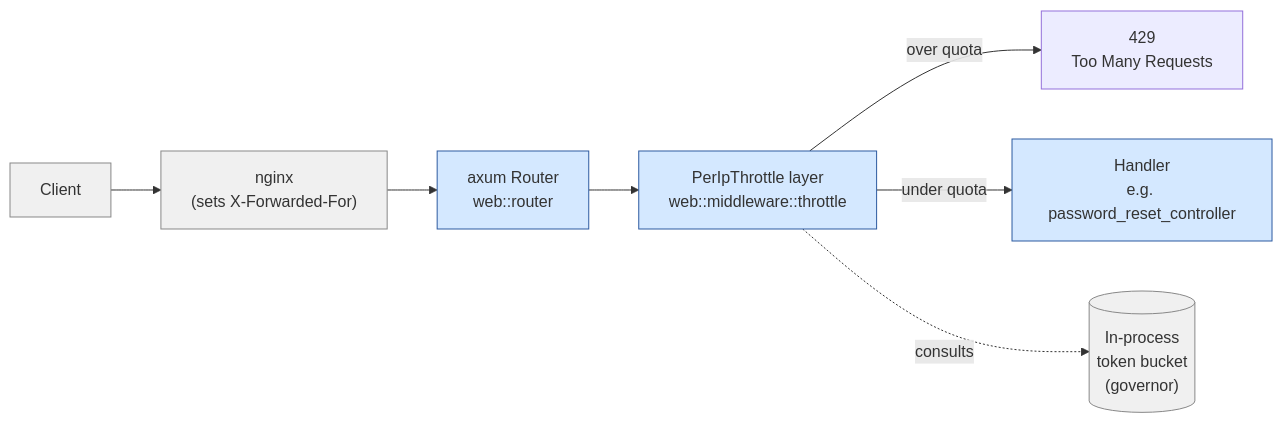
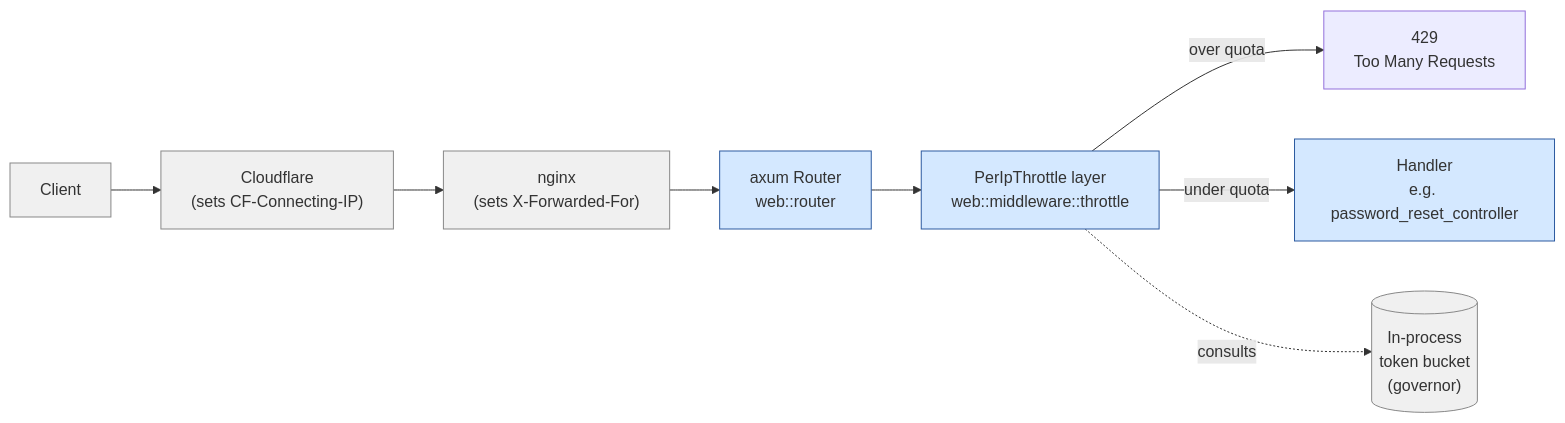
Before and after one commit to refactor-group/refactor-platform-rs: the diagram in docs/architecture/throttling.md, drawn with Mermaid. The commit also changed other lines of this file and 3 other files, not shown here.

First line of the commit message:
Restore the client IP from Cloudflare in nginx

````diff
--- a/docs/architecture/throttling.md
+++ b/docs/architecture/throttling.md
@@ -22,15 +22,16 @@
 ```mermaid
 flowchart LR
-    Client[Client] --> Nginx["nginx<br/>(sets X-Forwarded-For)"]
+    Client[Client] --> Cloudflare["Cloudflare<br/>(sets CF-Connecting-IP)"]
+    Cloudflare --> Nginx["nginx<br/>(sets X-Forwarded-For)"]
     Nginx --> Router["axum Router<br/>web::router"]
     Router --> Throttle["PerIpThrottle layer<br/>web::middleware::throttle"]
     Throttle -->|over quota| Reject["429<br/>Too Many Requests"]
     Throttle -->|under quota| Handler["Handler<br/>e.g. password_reset_controller"]
 
     Throttle -.consults.-> Bucket[("In-process<br/>token bucket<br/>(governor)")]
 
     classDef ours fill:#d4e8ff,stroke:#2c5aa0
     classDef external fill:#f0f0f0,stroke:#888
     class Throttle,Router,Handler ours
-    class Nginx,Client,Bucket external
+    class Cloudflare,Nginx,Client,Bucket external
 ```
````
